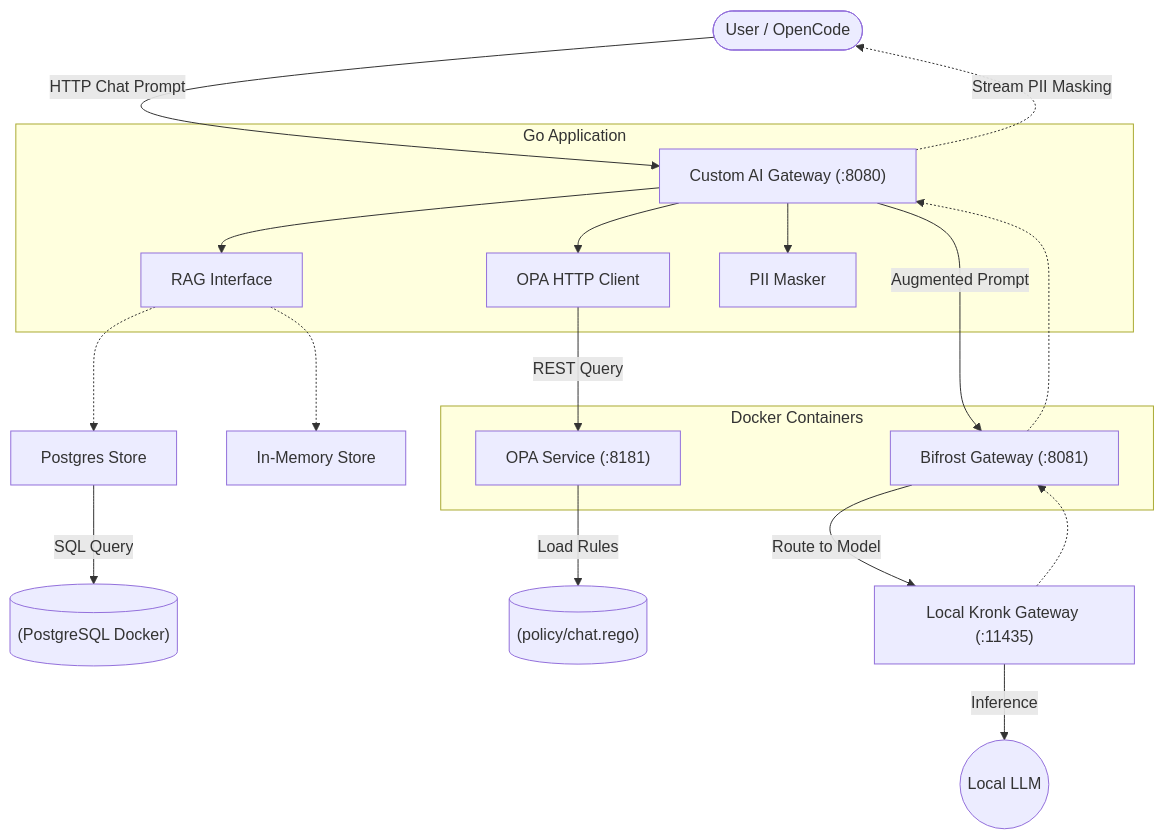
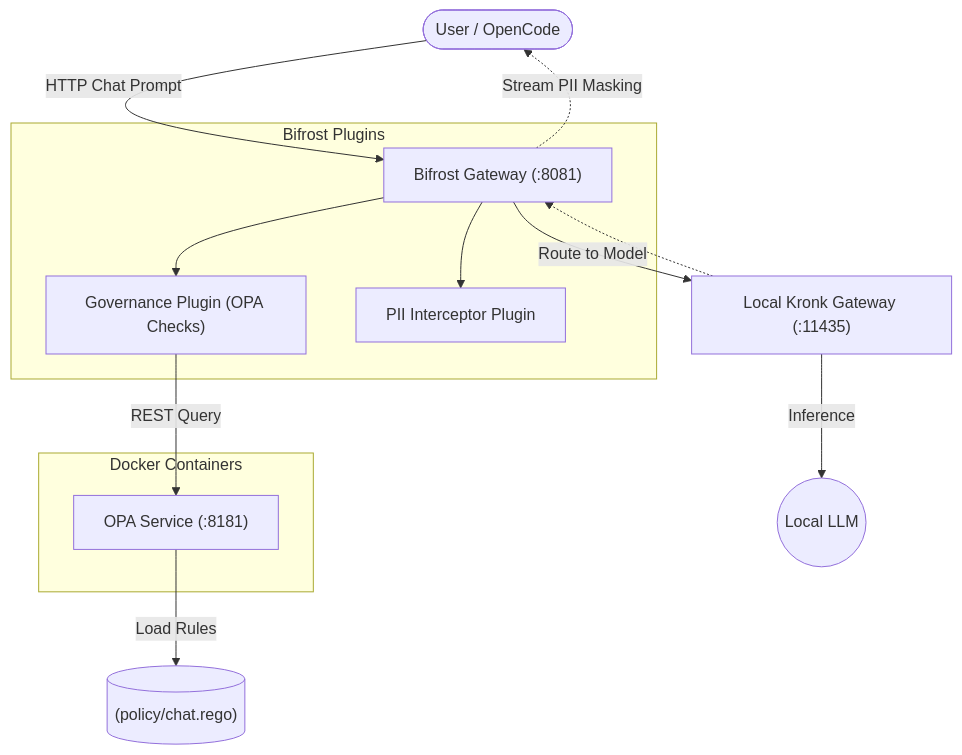
Before and after one commit to eduardobcolombo/custom-ai: the first of 2 diagrams in README.md, drawn with Mermaid. The commit also changed other lines of this file and 1187 other files, not shown here.

Commit message:
feat: add plugin pii-interceptor

````diff
--- a/README.md
+++ b/README.md
@@ -16,28 +15,21 @@
 ```mermaid
 flowchart TD
-    User(["User / OpenCode"]) -->|HTTP Chat Prompt| Gateway["Custom AI Gateway (:8080)"]
+    User(["User / OpenCode"]) -->|HTTP Chat Prompt| Bifrost["Bifrost Gateway (:8081)"]
     
-    subgraph Go Application
-        Gateway --> OPAClient["OPA HTTP Client"]
-        Gateway --> RAG["RAG Interface"]
-        Gateway --> PIIMask["PII Masker"]
+    subgraph Bifrost Plugins
+        Bifrost --> Governance["Governance Plugin (OPA Checks)"]
+        Bifrost --> PII["PII Interceptor Plugin"]
     end
     
     subgraph Docker Containers
-        OPAClient -->|REST Query| OPA["OPA Service (:8181)"]
-        Gateway -->|Augmented Prompt| Bifrost["Bifrost Gateway (:8081)"]
+        Governance -->|REST Query| OPA["OPA Service (:8181)"]
     end
-    
-    RAG -.-> MemStore["In-Memory Store"]
-    RAG -.-> PGStore["Postgres Store"]
-    PGStore -->|SQL Query| PG[("(PostgreSQL Docker)")]
     
     OPA -->|Load Rules| PolicyDB[("(policy/chat.rego)")]
     
     Bifrost -->|Route to Model| Kronk["Local Kronk Gateway (:11435)"]
     Kronk -->|Inference| Model(("Local LLM"))
     
     Kronk -.-> Bifrost
-    Bifrost -.-> Gateway
-    Gateway -.->|Stream PII Masking| User
+    Bifrost -.->|Stream PII Masking| User
 ```
````
